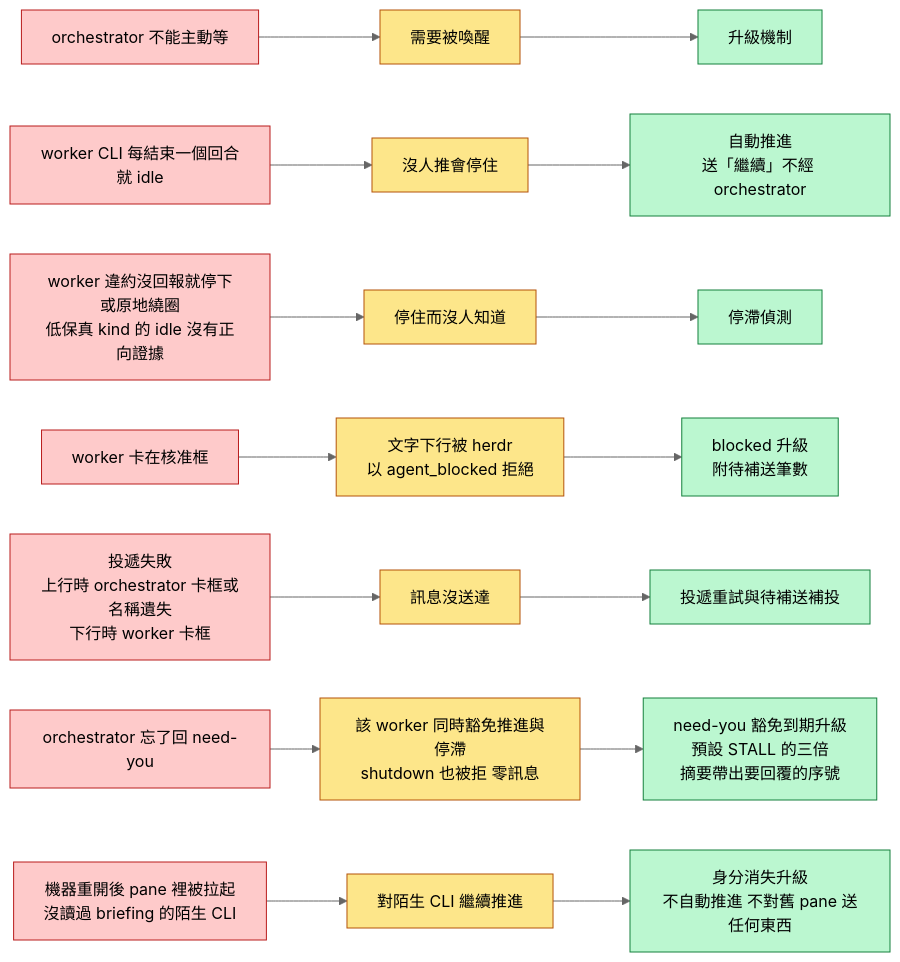
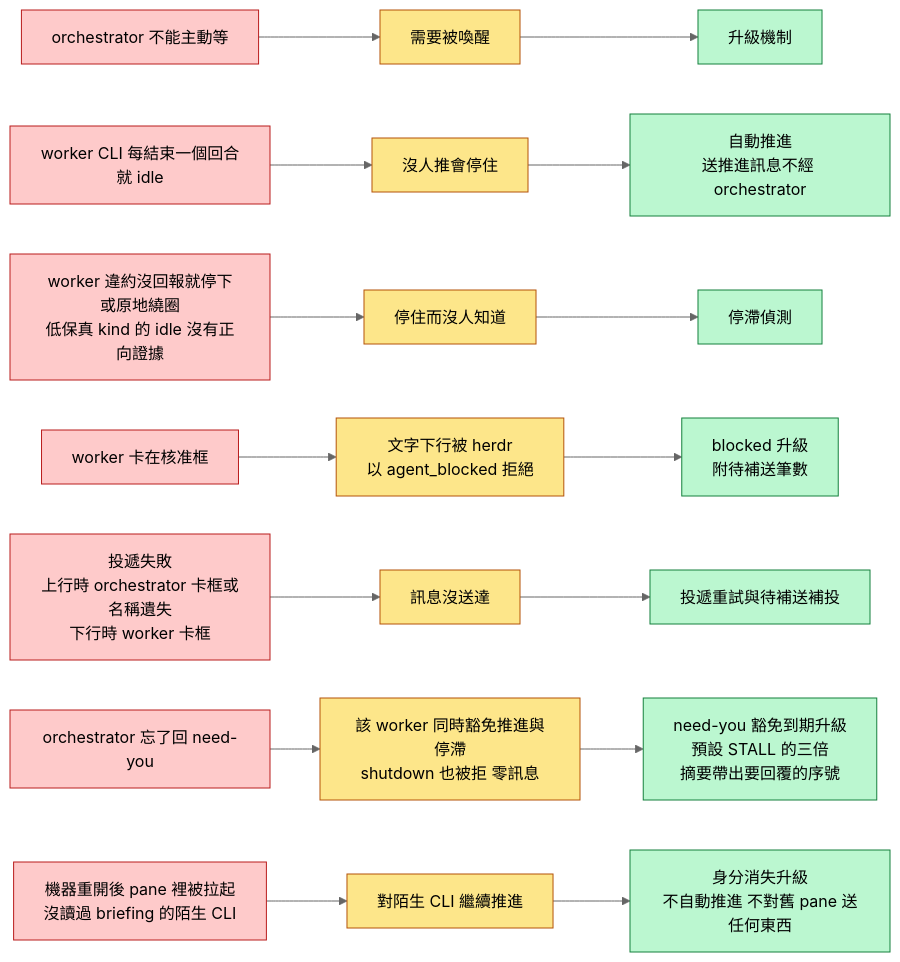
Diagram 12 of 18 in skills/herdr-agent-team/README.md (chenghung/my-claude-code-settings), drawn with Mermaid (neutral theme) before and after one commit. The commit also changed other lines of this file and 12 other files, not shown here.

````diff
--- a/skills/herdr-agent-team/README.md
+++ b/skills/herdr-agent-team/README.md
@@ -606,17 +607,17 @@
 ```mermaid
 flowchart LR
     p1["orchestrator 不能主動等"] --> c1["需要被喚醒"] --> r1["升級機制"]
-    p2["worker CLI 每結束一個回合就 idle"] --> c2["沒人推會停住"] --> r2["自動推進<br/>送「繼續」不經 orchestrator"]
+    p2["worker CLI 每結束一個回合就 idle"] --> c2["沒人推會停住"] --> r2["自動推進<br/>送推進訊息不經 orchestrator"]
     p3["worker 違約沒回報就停下或原地繞圈<br/>低保真 kind 的 idle 沒有正向證據"] --> c3["停住而沒人知道"] --> r3["停滯偵測"]
     p4["worker 卡在核准框"] --> c4["文字下行被 herdr<br/>以 agent_blocked 拒絕"] --> r4["blocked 升級<br/>附待補送筆數"]
     p5["投遞失敗<br/>上行時 orchestrator 卡框或名稱遺失<br/>下行時 worker 卡框"] --> c5["訊息沒送達"] --> r5["投遞重試與待補送補投"]
     p6["orchestrator 忘了回 need-you"] --> c6["該 worker 同時豁免推進與停滯<br/>shutdown 也被拒 零訊息"] --> r6["need-you 豁免到期升級<br/>預設 STALL 的三倍<br/>摘要帶出要回覆的序號"]
     p7["機器重開後 pane 裡被拉起<br/>沒讀過 briefing 的陌生 CLI"] --> c7["對陌生 CLI 繼續推進"] --> r7["身分消失升級<br/>不自動推進 不對舊 pane 送任何東西"]
 
     classDef kProblem fill:#fecaca,stroke:#b91c1c,color:#000
     classDef kEffect fill:#fde68a,stroke:#b45309,color:#000
     classDef kDuty fill:#bbf7d0,stroke:#15803d,color:#000
     class p1,p2,p3,p4,p5,p6,p7 kProblem
     class c1,c2,c3,c4,c5,c6,c7 kEffect
     class r1,r2,r3,r4,r5,r6,r7 kDuty
 ```
````
